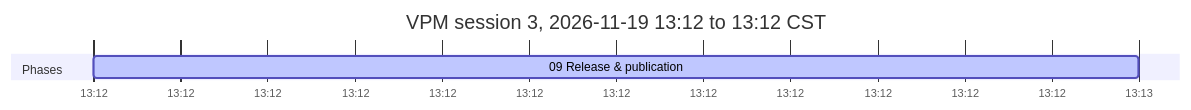
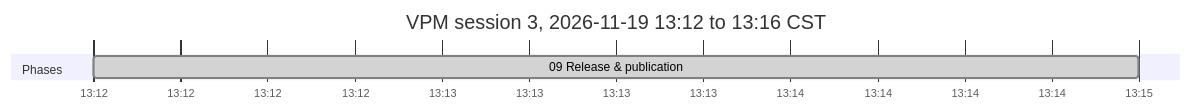
One commit to antonizick/VPNMonitor changed the third of 3 diagrams in VPM_IMPLEMENTATION_PLAN.md. Above: the diagram before and after it, drawn with Mermaid. The commit also changed other lines of this file and 2 other files, not shown here.

Commit message:
docs(plan): refresh timeline

````diff
--- a/VPM_IMPLEMENTATION_PLAN.md
+++ b/VPM_IMPLEMENTATION_PLAN.md
@@ -79,8 +79,8 @@
 ```mermaid
 gantt
-    title VPM session 3, 2026-11-19 13:12 to 13:12 CST
+    title VPM session 3, 2026-11-19 13:12 to 13:16 CST
     dateFormat YYYY-MM-DD HH:mm
     axisFormat %H:%M
     section Phases
-    09 Release & publication :active, p09s3, 2026-11-19 13:12, 2026-11-19 13:13
+    09 Release & publication :done, p09s3, 2026-11-19 13:12, 2026-11-19 13:15
 ```
````
